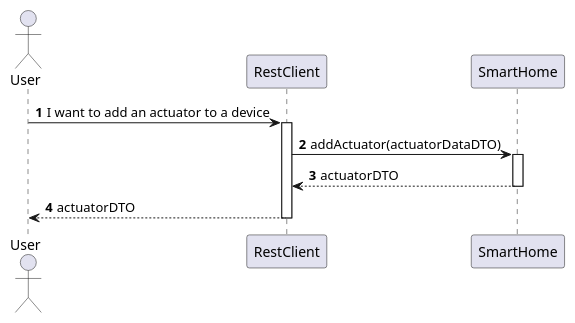
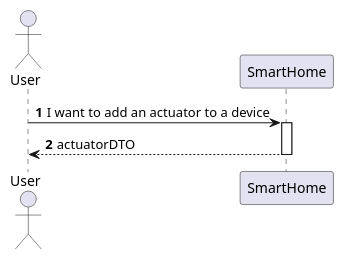
Before and after one commit to olivDiogo/SmartHome: the diagram in docs/ooa/C4_4plus1_models/Level1/ProcessView/ProcessViewLevel1_UC10.puml, drawn with PlantUML. The commit also changed 119 other files, not shown here.

Commit message:
docs: added Process View diagrams for UC16 (US37) - #490

```diff
--- a/docs/ooa/C4_4plus1_models/Level1/ProcessView/ProcessViewLevel1_UC10.puml
+++ b/docs/ooa/C4_4plus1_models/Level1/ProcessView/ProcessViewLevel1_UC10.puml
@@ -1,25 +1,17 @@
 @startuml
 'https://plantuml.com/sequence-diagram
 
 !pragma layout smetana
 
 autonumber
 
 actor "User" as User
-participant "RestClient" as RC
 participant "SmartHome" as SH
 
-
-User -> RC : I want to add an actuator to a device
-activate RC
-
-RC -> SH : addActuator(actuatorDataDTO)
+User -> SH : I want to add an actuator to a device
 activate SH
 
-SH --> RC : actuatorDTO
+SH --> User : actuatorDTO
 deactivate SH
 
-RC --> User : actuatorDTO
-deactivate RC
-
 @enduml
```
